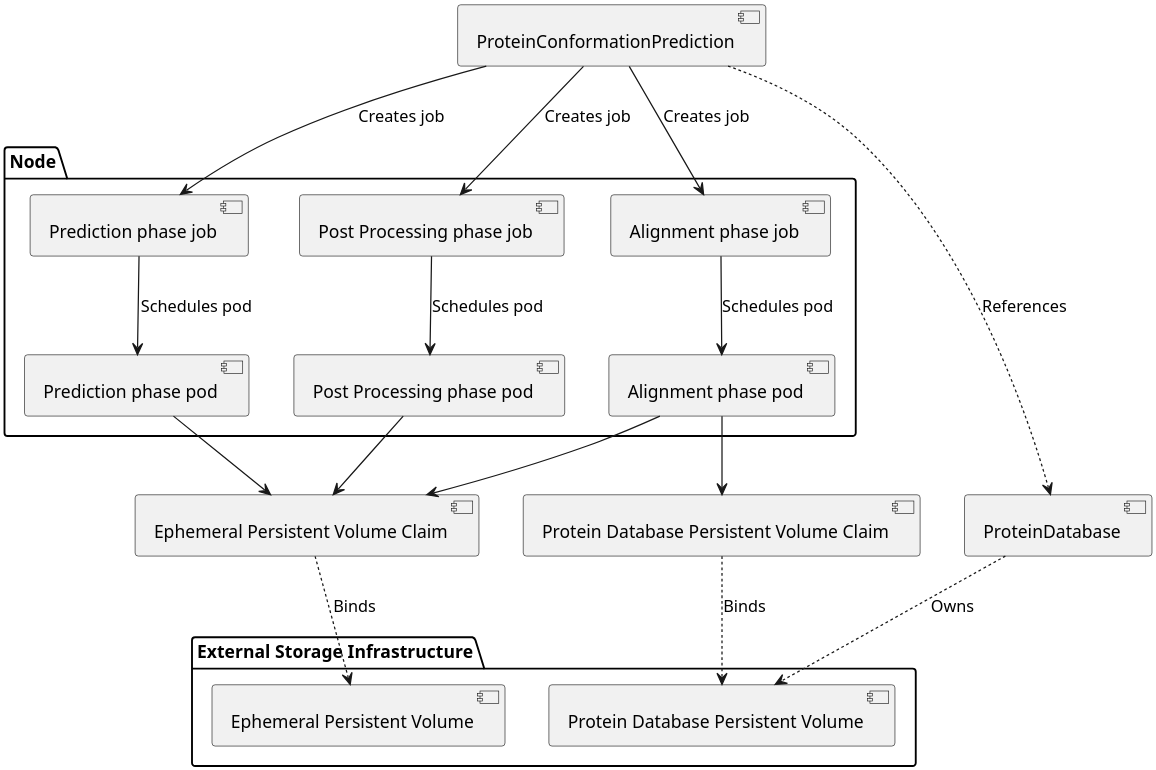
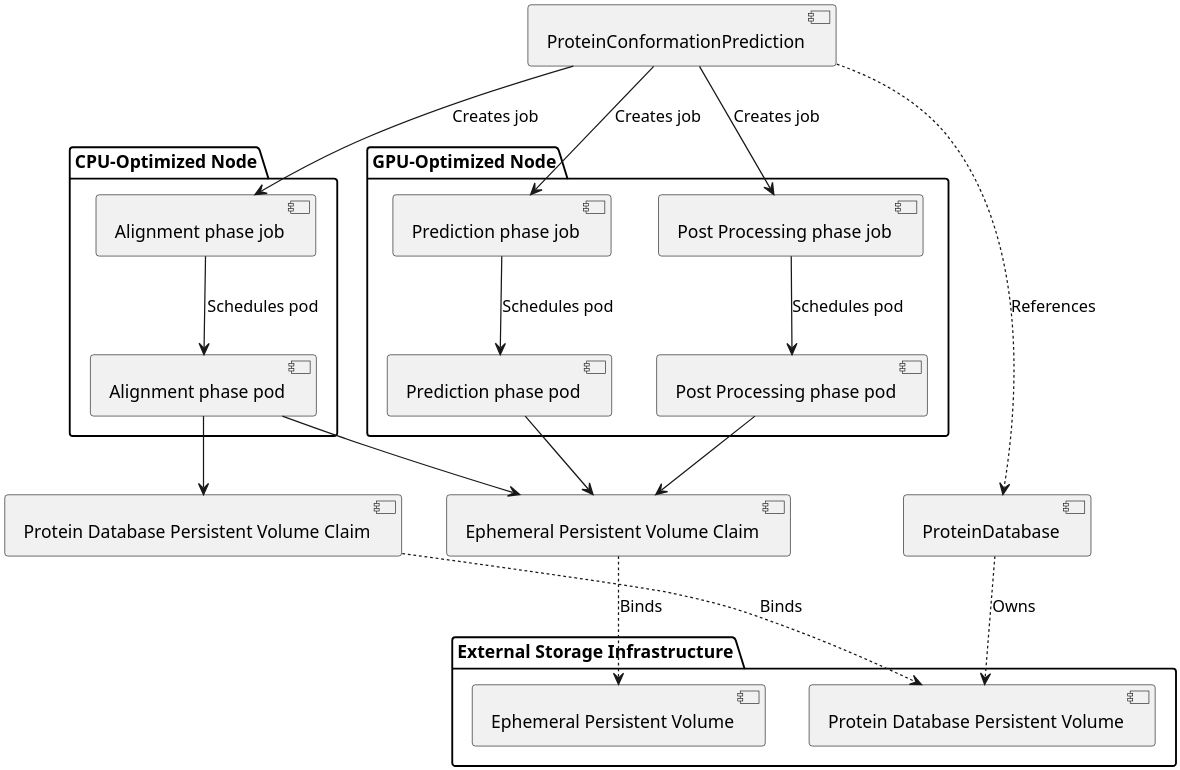
One commit to kubefold/thesis-text changed the diagram in uml/proteinconformationprediction.puml. Above: the diagram before and after it, drawn with PlantUML. The commit also changed 6 other files, not shown here.

Commit message:
feat: improve diagrams and update description for protein prediction process

```diff
--- a/uml/proteinconformationprediction.puml
+++ b/uml/proteinconformationprediction.puml
@@ -1,48 +1,50 @@
 @startuml
 
 skinparam dpi 300
 
 component [ProteinConformationPrediction] as prediction
 component [ProteinDatabase] as db
 
-package "Node" {
+package "CPU-Optimized Node" {
     component [Alignment phase job] as alignmentJob
     component [Alignment phase pod] as alignmentPod
+}
 
+package "GPU-Optimized Node" {
     component [Prediction phase job] as predictionJob
     component [Prediction phase pod] as predictionPod
 
     component [Post Processing phase job] as postProcessingJob
     component [Post Processing phase pod] as postProcessingPod
 }
 
 component [Protein Database Persistent Volume Claim] as dbClaim
 component [Ephemeral Persistent Volume Claim] as tmpClaim
 package "External Storage Infrastructure" {
     component [Protein Database Persistent Volume] as dbVolume
     component [Ephemeral Persistent Volume] as tmpVolume
 }
 
 prediction -d-> alignmentJob : Creates job
 alignmentJob -d-> alignmentPod : Schedules pod
 alignmentPod -d-> dbClaim
 alignmentPod -d-> tmpClaim
 
 prediction -d-> predictionJob : Creates job
 predictionJob -d-> predictionPod : Schedules pod
 predictionPod -d-> tmpClaim
 
 prediction -d-> postProcessingJob : Creates job
 postProcessingJob -d-> postProcessingPod : Schedules pod
 postProcessingPod -d-> tmpClaim
 
 dbClaim ..> dbVolume : Binds
 tmpClaim ..> tmpVolume : Binds
 
 prediction .r.> db : References
 
 db ..> dbVolume : Owns
 
 'db -d->
 
 @enduml
```
